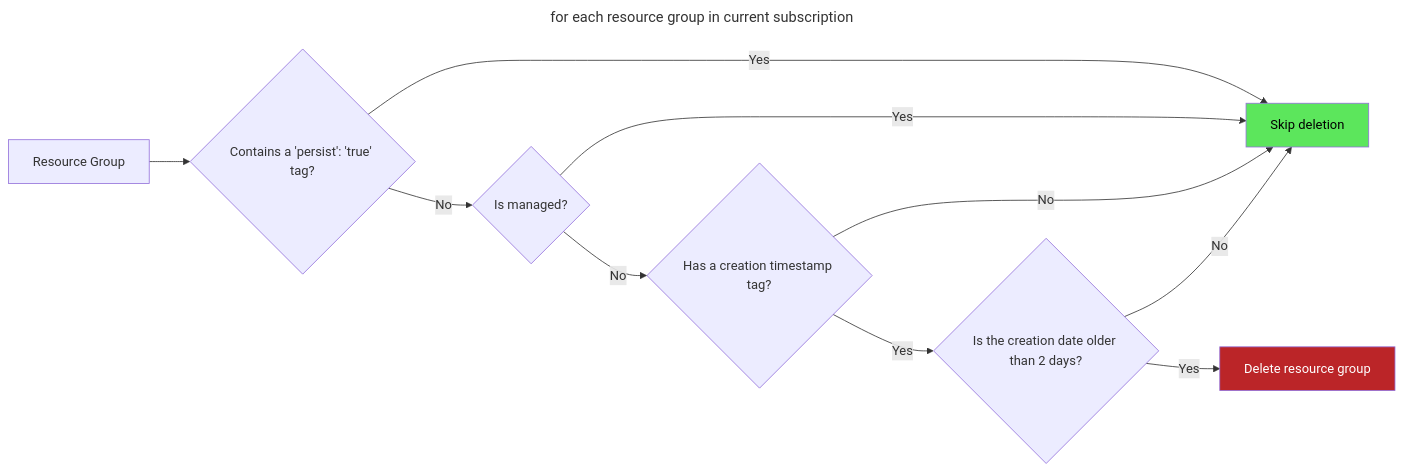
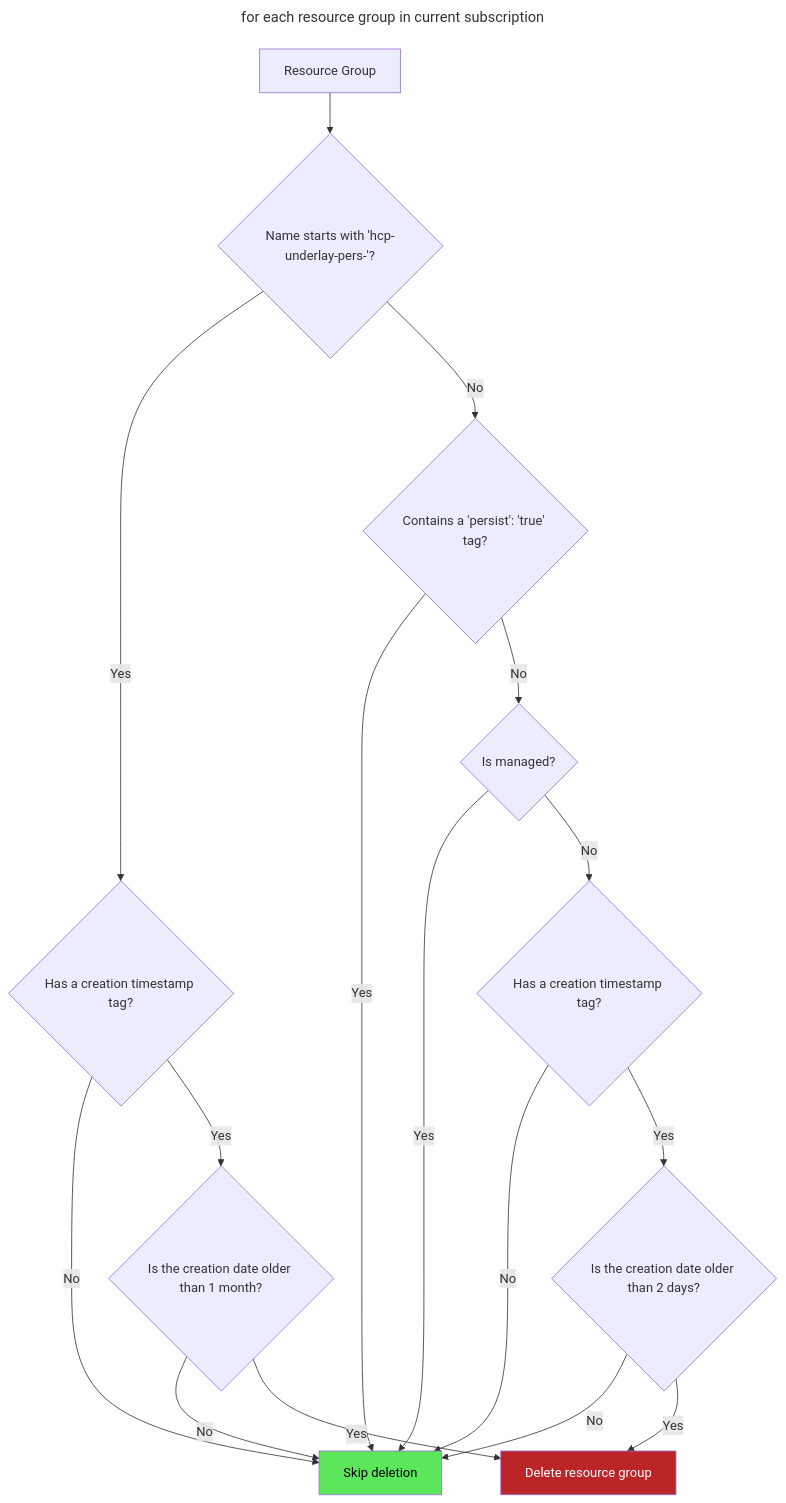
Before and after one commit to Azure/ARO-HCP: the diagram in tooling/azure-automation/resources-cleanup/README.md, drawn with Mermaid. The commit also changed other lines of this file, not shown here.

````diff
--- a/tooling/azure-automation/resources-cleanup/README.md
+++ b/tooling/azure-automation/resources-cleanup/README.md
@@ -7,18 +7,25 @@
 ```mermaid
 ---
 title: for each resource group in current subscription
 ---
-flowchart LR
-    rg[Resource Group] --> persist{Contains a 'persist': 'true' tag?}
-    persist -->|Yes| skip[Skip deletion]
+flowchart TD
+    rg[Resource Group] --> pers{Name starts with 'hcp-underlay-pers-'?}
+    pers -->|Yes| pers_ts{Has a creation timestamp tag?}
+    pers_ts -->|No| skip[Skip deletion]
+    pers_ts -->|Yes| pers_older{Is the creation date older than 1 month?}
+    pers_older -->|No| skip
+    pers_older -->|Yes| delete[Delete resource group]
+
+    pers -->|No| persist{Contains a 'persist': 'true' tag?}
+    persist -->|Yes| skip
     persist -->|No| managed{Is managed?}
     managed -->|Yes| skip
     managed -->|No| ts{Has a creation timestamp tag?}
     ts -->|No| skip
     ts -->|Yes| older{Is the creation date older than 2 days?}
     older -->|No| skip
-    older -->|Yes| delete[Delete resource group]
+    older -->|Yes| delete
 
 style skip fill:#5CE65C,color:#000
 style delete fill:#BB2528,color:#fff
 ```
````
